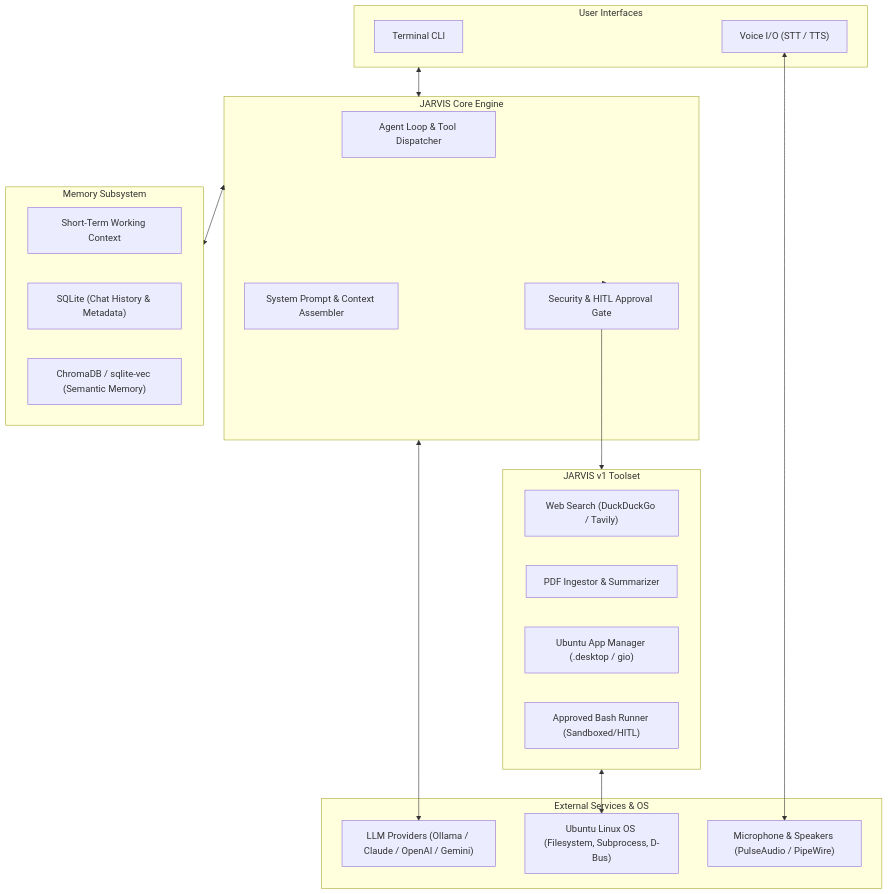
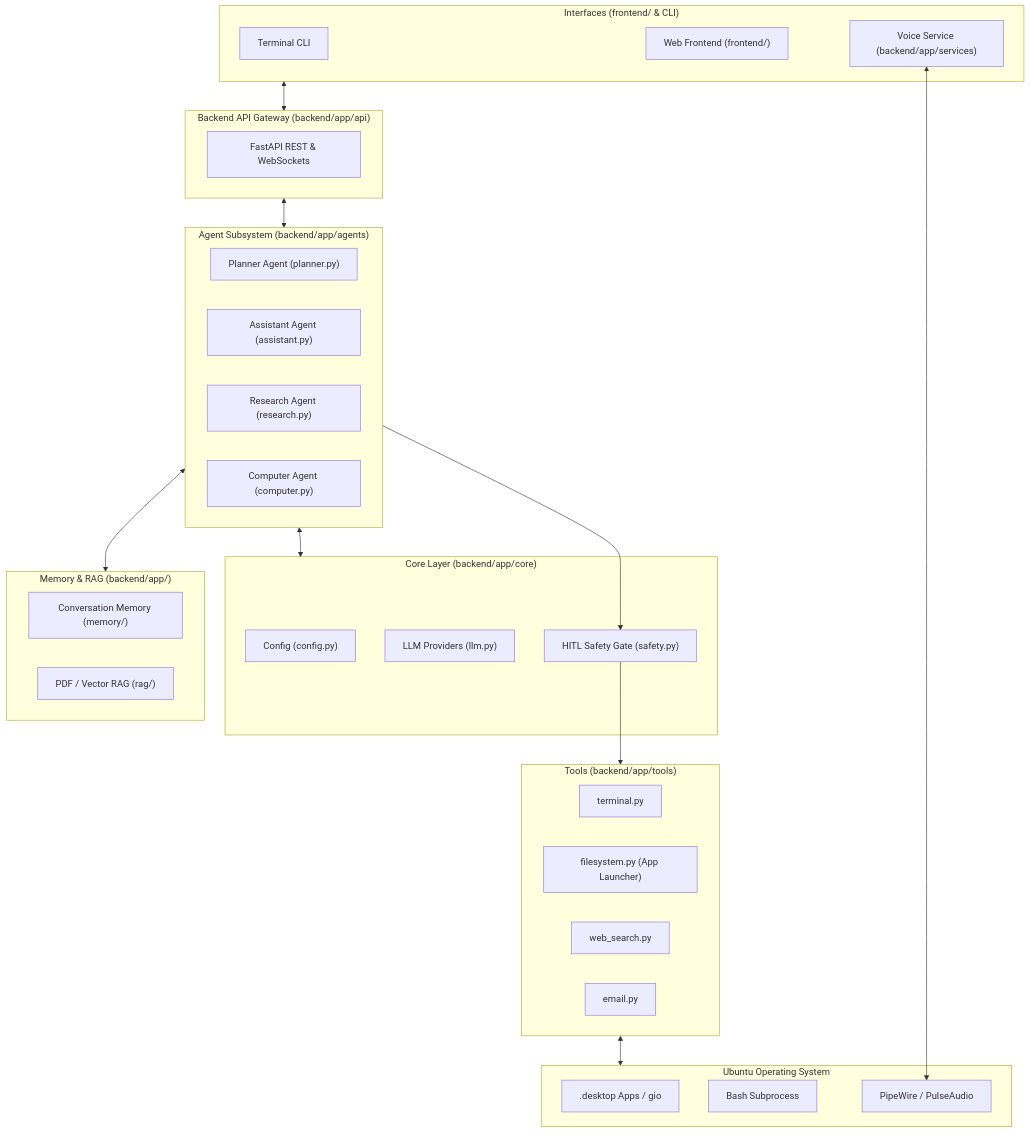
One commit to abynxv/jarvis changed the diagram in docs/ARCHITECTURE.md. Above: the diagram before and after it, drawn with Mermaid. The commit also changed other lines of this file and 25 other files, not shown here.

Commit message:
feat: scaffold initial backend application structure and core architectural documentation

````diff
--- a/docs/ARCHITECTURE.md
+++ b/docs/ARCHITECTURE.md
@@ -11,40 +11,52 @@
 ```mermaid
 flowchart TB
-    subgraph UserInterface["User Interfaces"]
+    subgraph UI["Interfaces (frontend/ & CLI)"]
         CLI["Terminal CLI"]
-        VoiceIO["Voice I/O (STT / TTS)"]
+        WebUI["Web Frontend (frontend/)"]
+        VoiceIO["Voice Service (backend/app/services)"]
     end
 
-    subgraph CoreAgent["JARVIS Core Engine"]
-        Orchestrator["Agent Loop & Tool Dispatcher"]
-        PromptEngine["System Prompt & Context Assembler"]
-        SafetyGate["Security & HITL Approval Gate"]
+    subgraph API["Backend API Gateway (backend/app/api)"]
+        FastAPIApp["FastAPI REST & WebSockets"]
     end
 
-    subgraph MemoryLayer["Memory Subsystem"]
-        ShortTerm["Short-Term Working Context"]
-        LongTermDB["SQLite (Chat History & Metadata)"]
-        VectorStore["ChromaDB / sqlite-vec (Semantic Memory)"]
+    subgraph AgentCore["Agent Subsystem (backend/app/agents)"]
+        Planner["Planner Agent (planner.py)"]
+        Assistant["Assistant Agent (assistant.py)"]
+        Research["Research Agent (research.py)"]
+        Computer["Computer Agent (computer.py)"]
     end
 
-    subgraph Tools["JARVIS v1 Toolset"]
-        WebSearch["Web Search (DuckDuckGo / Tavily)"]
-        PDFReader["PDF Ingestor & Summarizer"]
-        AppLauncher["Ubuntu App Manager (.desktop / gio)"]
-        TerminalRunner["Approved Bash Runner (Sandboxed/HITL)"]
+    subgraph CoreEngine["Core Layer (backend/app/core)"]
+        Config["Config (config.py)"]
+        LLM["LLM Providers (llm.py)"]
+        SafetyGate["HITL Safety Gate (safety.py)"]
     end
 
-    subgraph External["External Services & OS"]
-        LLM["LLM Providers (Ollama / Claude / OpenAI / Gemini)"]
-        UbuntuOS["Ubuntu Linux OS (Filesystem, Subprocess, D-Bus)"]
-        AudioDevices["Microphone & Speakers (PulseAudio / PipeWire)"]
+    subgraph MemoryLayer["Memory & RAG (backend/app/)"]
+        Memory["Conversation Memory (memory/)"]
+        RAG["PDF / Vector RAG (rag/)"]
     end
 
-    UserInterface <--> CoreAgent
-    CoreAgent <--> MemoryLayer
-    CoreAgent <--> LLM
-    CoreAgent --> SafetyGate
-    SafetyGate --> Tools
-    Tools <--> UbuntuOS
-    VoiceIO <--> AudioDevices
+    subgraph ToolRegistry["Tools (backend/app/tools)"]
+        TermTool["terminal.py"]
+        FsTool["filesystem.py (App Launcher)"]
+        SearchTool["web_search.py"]
+        EmailTool["email.py"]
+    end
+
+    subgraph UbuntuOS["Ubuntu Operating System"]
+        Apps[".desktop Apps / gio"]
+        Shell["Bash Subprocess"]
+        Audio["PipeWire / PulseAudio"]
+    end
+
+    UI <--> API
+    API <--> AgentCore
+    AgentCore <--> CoreEngine
+    AgentCore <--> MemoryLayer
+    AgentCore --> SafetyGate
+    SafetyGate --> ToolRegistry
+    ToolRegistry <--> UbuntuOS
+    VoiceIO <--> Audio
 ```
````
